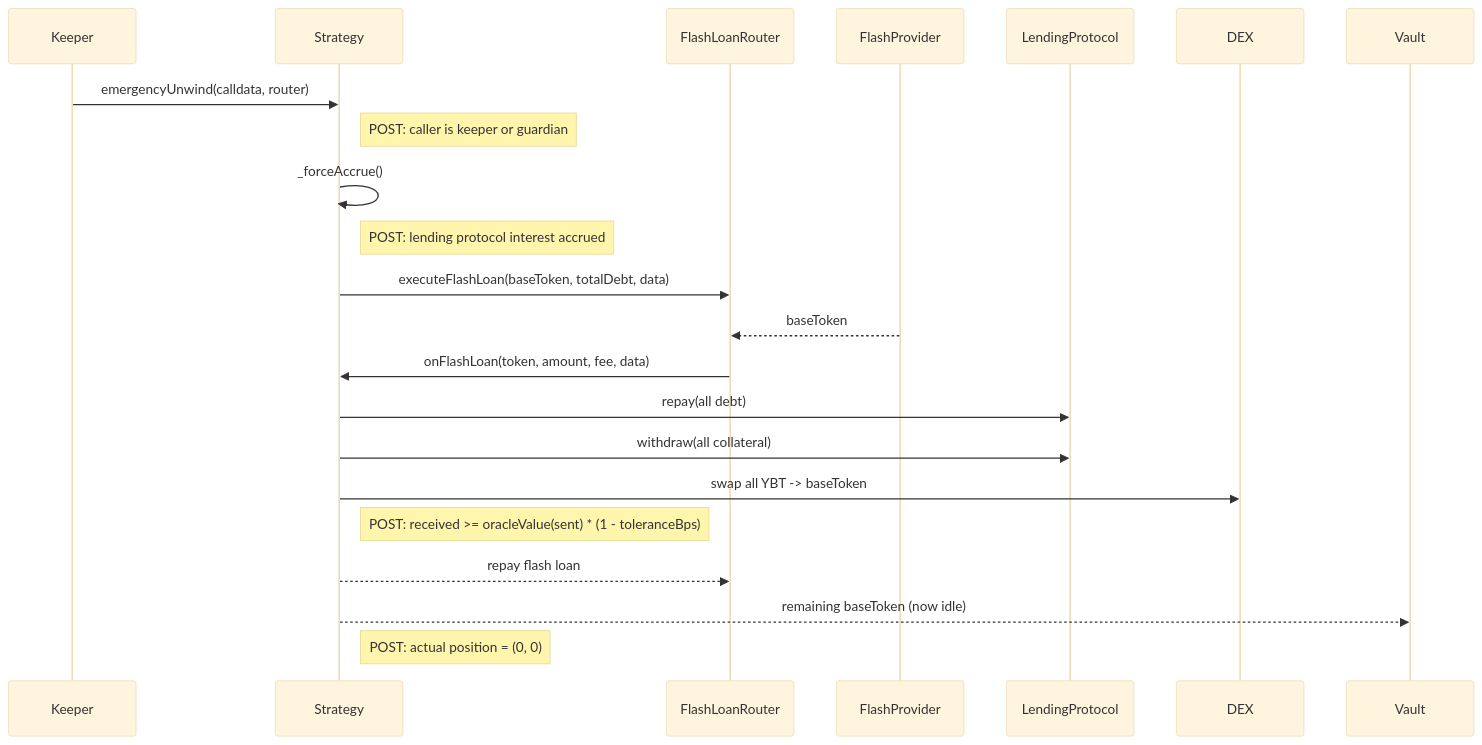
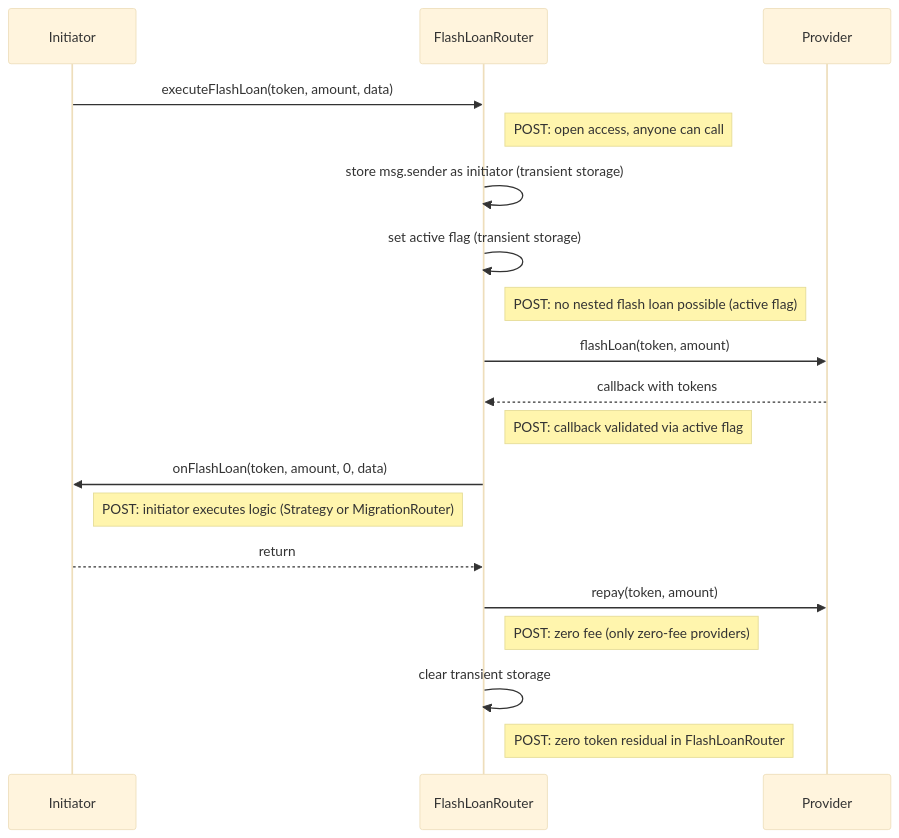
One commit to evgenynacu/leverage-vaults changed diagram 13 of 17 in docs/architecture/call-diagrams.md. Above: the diagram before and after it, drawn with Mermaid (base theme). The commit also changed other lines of this file and 10 other files, not shown here.

Commit message:
fix: naming conventions, swap calldata, partial epoch processing etc

````diff
--- a/docs/architecture/call-diagrams.md
+++ b/docs/architecture/call-diagrams.md
@@ -229,17 +273,18 @@
 ```mermaid
 sequenceDiagram
-    Keeper->>Strategy: emergencyUnwind(calldata, router)
-    note right of Strategy: POST: caller is keeper or guardian
-    Strategy->>Strategy: _forceAccrue()
-    note right of Strategy: POST: lending protocol interest accrued
-    Strategy->>FlashLoanRouter: executeFlashLoan(baseToken, totalDebt, data)
-    FlashProvider-->>FlashLoanRouter: baseToken
-    FlashLoanRouter->>Strategy: onFlashLoan(token, amount, fee, data)
-    Strategy->>LendingProtocol: repay(all debt)
-    Strategy->>LendingProtocol: withdraw(all collateral)
-    Strategy->>DEX: swap all YBT -> baseToken
-    note right of Strategy: POST: received >= oracleValue(sent) * (1 - toleranceBps)
-    Strategy-->>FlashLoanRouter: repay flash loan
-    Strategy-->>Vault: remaining baseToken (now idle)
-    note right of Strategy: POST: actual position = (0, 0)
+    Initiator->>FlashLoanRouter: executeFlashLoan(token, amount, data)
+    note right of FlashLoanRouter: POST: open access, anyone can call
+    FlashLoanRouter->>FlashLoanRouter: store msg.sender as initiator (transient storage)
+    FlashLoanRouter->>FlashLoanRouter: set active flag (transient storage)
+    note right of FlashLoanRouter: POST: no nested flash loan possible (active flag)
+    FlashLoanRouter->>Provider: flashLoan(token, amount)
+    Provider-->>FlashLoanRouter: callback with tokens
+    note right of FlashLoanRouter: POST: callback validated via active flag
+    FlashLoanRouter->>Initiator: onFlashLoan(token, amount, 0, data)
+    note right of Initiator: POST: initiator executes logic (Strategy or MigrationRouter)
+    Initiator-->>FlashLoanRouter: return
+    FlashLoanRouter->>Provider: repay(token, amount)
+    note right of FlashLoanRouter: POST: zero fee (only zero-fee providers)
+    FlashLoanRouter->>FlashLoanRouter: clear transient storage
+    note right of FlashLoanRouter: POST: zero token residual in FlashLoanRouter
 ```
````
